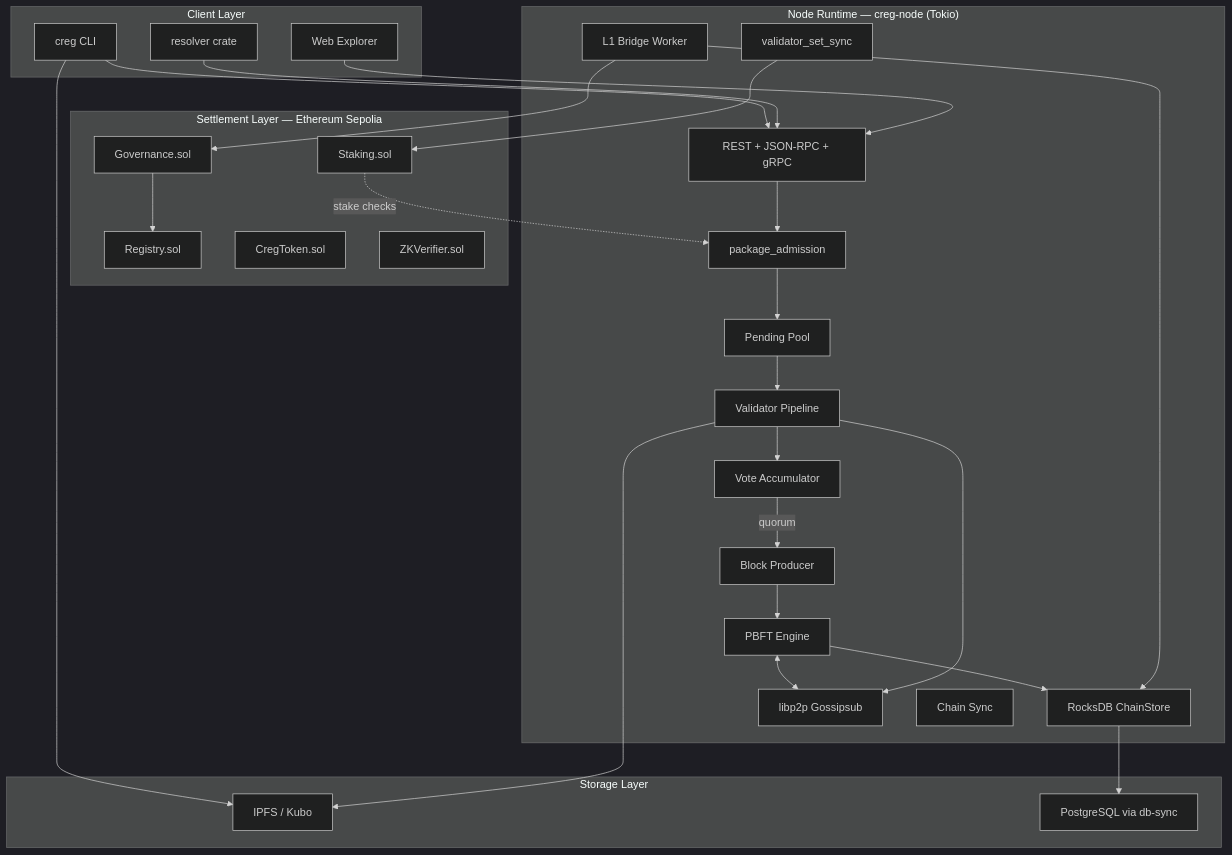
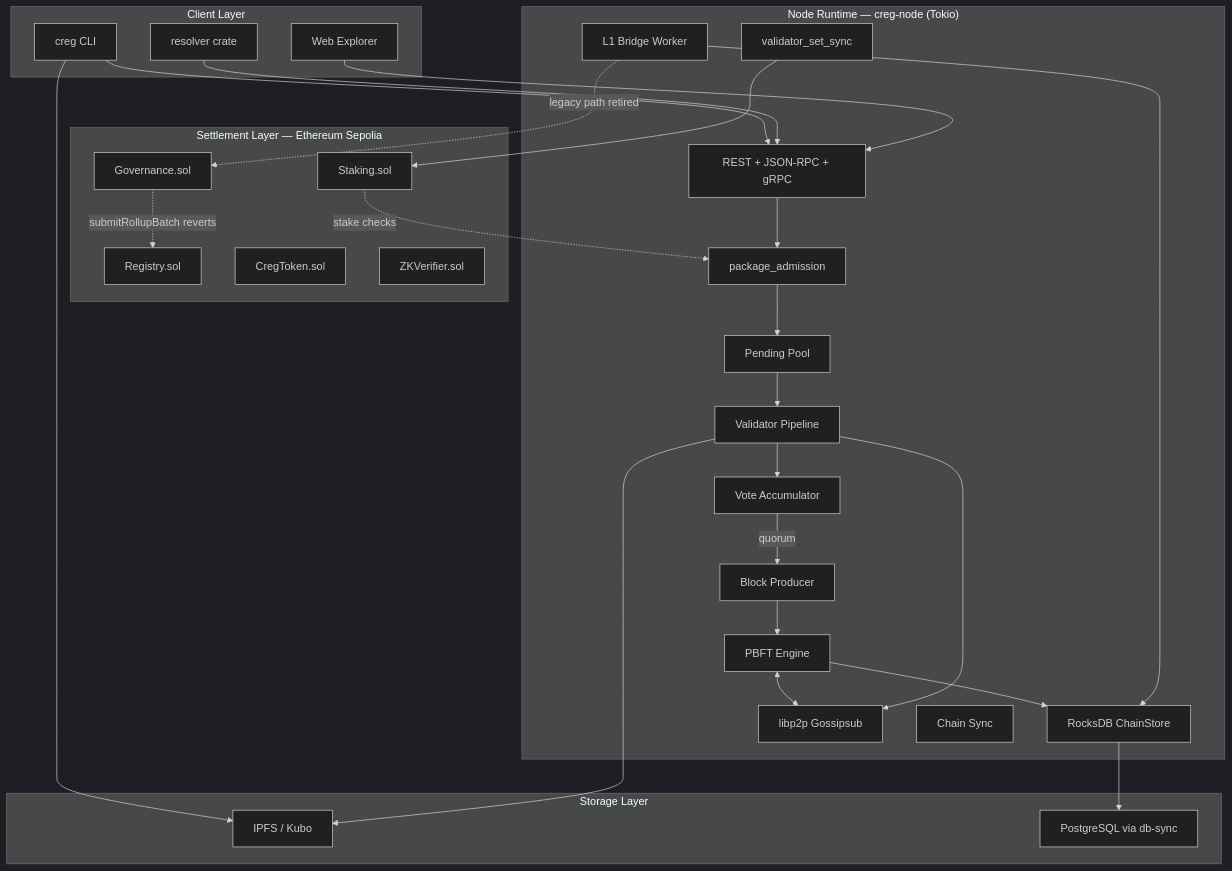
One commit to samuel-1-avson/chain-registry-blockchain-CREG- changed the first of 9 diagrams in docs/CREG_SYSTEM_WORKFLOW.md. Above: the diagram before and after it, drawn with Mermaid (dark theme). The commit also changed other lines of this file and 105 other files, not shown here.

````diff
--- a/docs/CREG_SYSTEM_WORKFLOW.md
+++ b/docs/CREG_SYSTEM_WORKFLOW.md
@@ -132,54 +144,55 @@
 ```mermaid
 flowchart TB
     subgraph Client["Client Layer"]
         CLI["creg CLI"]
         Resolver["resolver crate"]
         Explorer["Web Explorer"]
     end
 
     subgraph L1["Settlement Layer — Ethereum Sepolia"]
         Staking["Staking.sol"]
         Registry["Registry.sol"]
         Gov["Governance.sol"]
         Token["CregToken.sol"]
         ZK["ZKVerifier.sol"]
     end
 
     subgraph Node["Node Runtime — creg-node (Tokio)"]
         API["REST + JSON-RPC + gRPC"]
         Admission["package_admission"]
         Pending["Pending Pool"]
         Pipeline["Validator Pipeline"]
         VoteAcc["Vote Accumulator"]
         BP["Block Producer"]
         PBFT["PBFT Engine"]
         Store["RocksDB ChainStore"]
         P2P["libp2p Gossipsub"]
         Bridge["L1 Bridge Worker"]
         Sync["Chain Sync"]
         VSetSync["validator_set_sync"]
     end
 
     subgraph Storage["Storage Layer"]
         IPFS["IPFS / Kubo"]
         PG["PostgreSQL via db-sync"]
     end
 
     CLI --> API
     CLI --> IPFS
     Resolver --> API
     Explorer --> API
     API --> Admission --> Pending
     Pending --> Pipeline
     Pipeline --> IPFS
     Pipeline --> VoteAcc
     VoteAcc -->|quorum| BP
     BP --> PBFT --> Store
     PBFT <--> P2P
     Pipeline --> P2P
     Store --> PG
     Bridge --> Store
-    Bridge --> Gov --> Registry
+    Bridge -.->|legacy path retired| Gov
+    Gov -.->|submitRollupBatch reverts| Registry
     VSetSync --> Staking
     Staking -.->|stake checks| Admission
 ```
````
